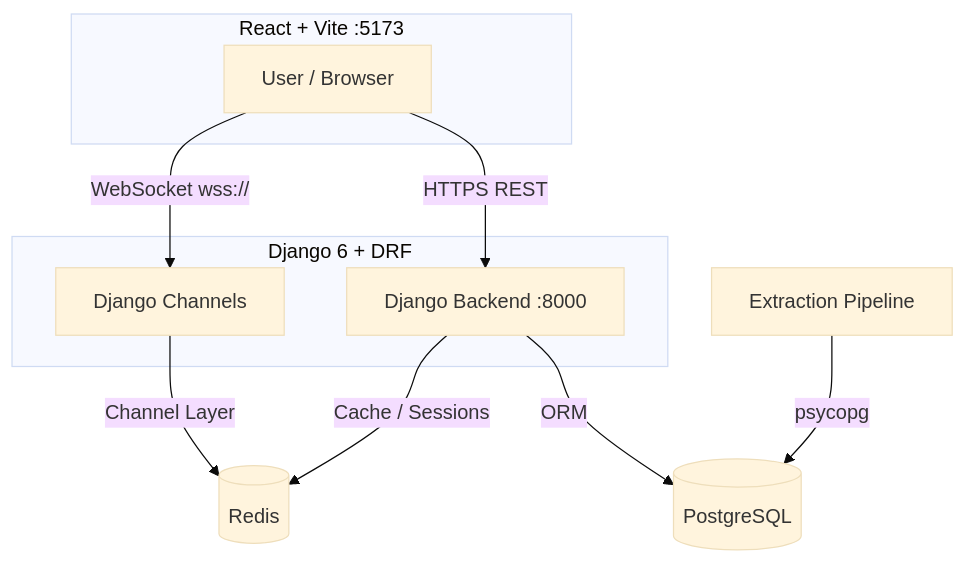
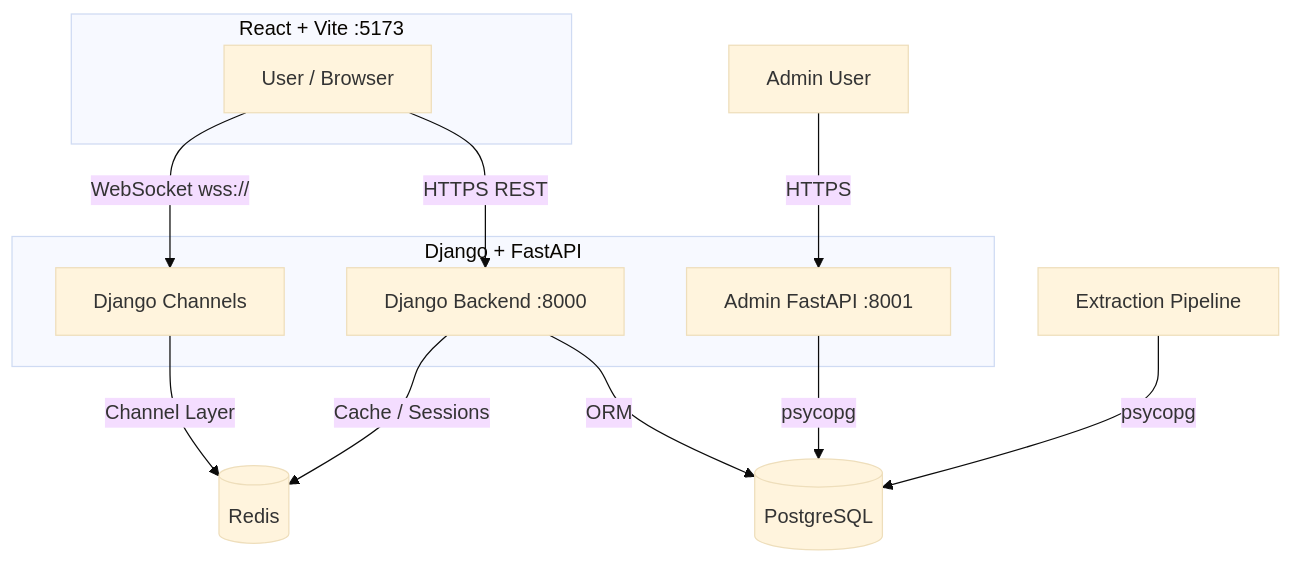
One commit to anandyadav3559/bioguesser-v2 changed the first of 2 diagrams in README.md. Above: the diagram before and after it, drawn with Mermaid (base theme). The commit also changed other lines of this file and 7 other files, not shown here.

````diff
--- a/README.md
+++ b/README.md
@@ -9,17 +9,20 @@
 ```mermaid
 graph TD
     U[User / Browser] -->|HTTPS REST| B[Django Backend :8000]
     U -->|WebSocket wss://| WS[Django Channels]
+    A[Admin User] -->|HTTPS| ADM[Admin FastAPI :8001]
+    ADM -->|psycopg| PG
     B -->|ORM| PG[(PostgreSQL)]
     B -->|Cache / Sessions| RD[(Redis)]
     WS -->|Channel Layer| RD
     EX[Extraction Pipeline] -->|psycopg| PG
 
     subgraph Frontend [React + Vite :5173]
         U
     end
-    subgraph Backend [Django 6 + DRF]
+    subgraph Backend [Django + FastAPI]
         B
         WS
+        ADM
     end
 ```
````
